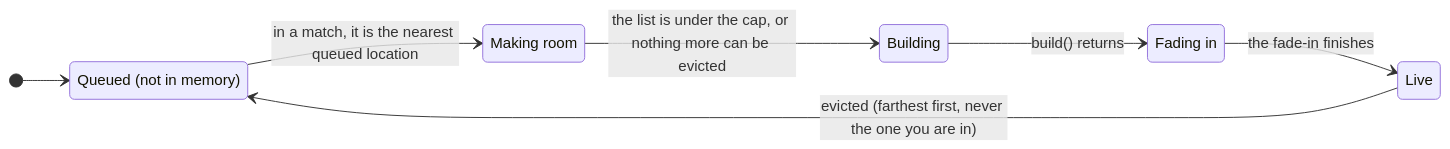
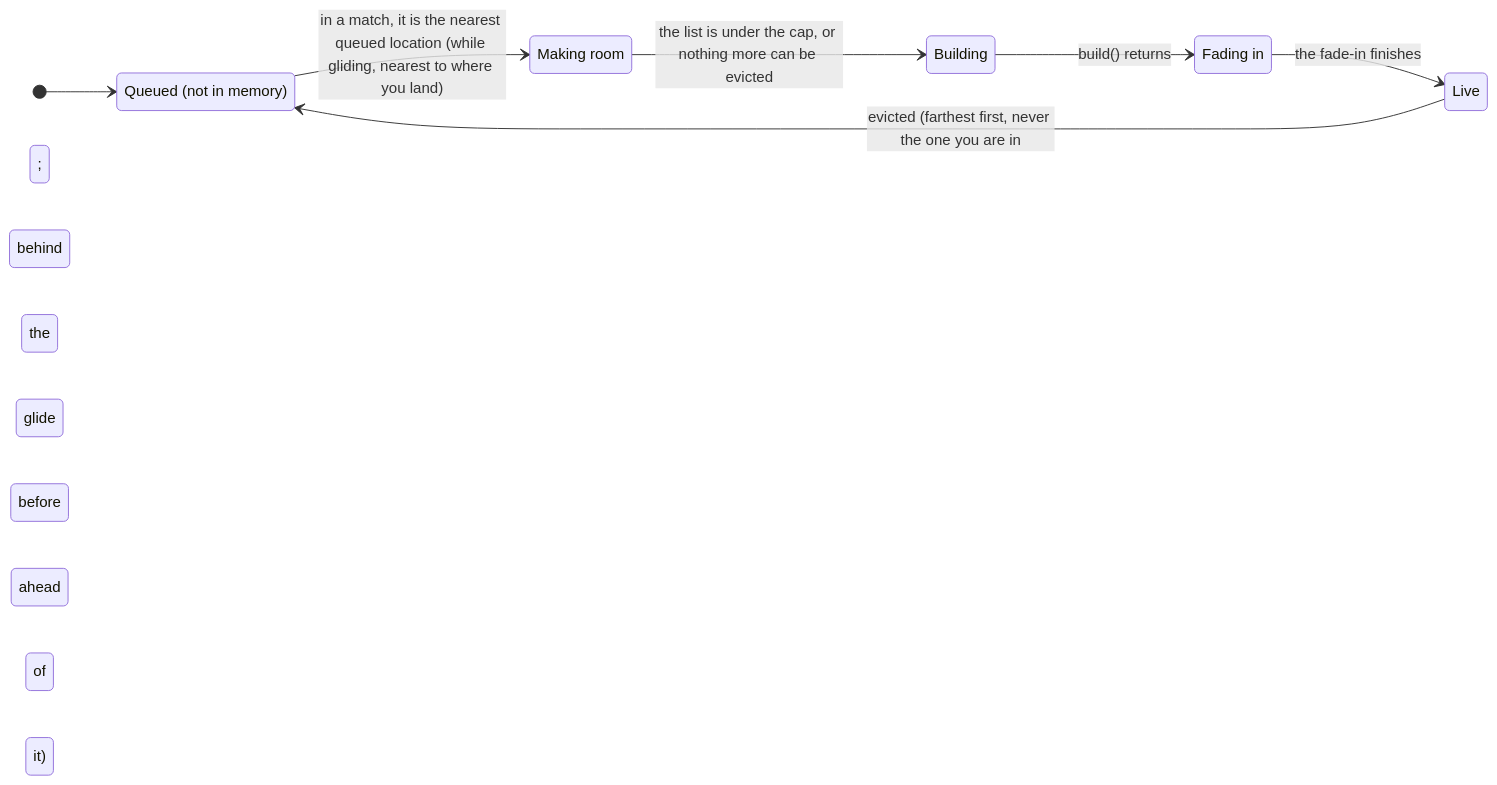
The first of 2 diagrams in docs/statecharts/poi-residency.md (RayFernando1337/kongroyale), drawn with Mermaid before and after one commit. The commit also changed other lines of this file and 8 other files, not shown here.

Commit message:
lowmem: build the POI under the glide first while falling or gliding (RAY-272)

````diff
--- a/docs/statecharts/poi-residency.md
+++ b/docs/statecharts/poi-residency.md
@@ -19,15 +25,15 @@
 ```mermaid
 stateDiagram-v2
   direction LR
   queued: Queued (not in memory)
   trimming: Making room
   building: Building
   integrating: Fading in
   live: Live
   [*] --> queued
-  queued --> trimming: in a match, it is the nearest queued location
+  queued --> trimming: in a match, it is the nearest queued location (while gliding, nearest to where you land)
   trimming --> building: the list is under the cap, or nothing more can be evicted
   building --> integrating: build() returns
   integrating --> live: the fade-in finishes
-  live --> queued: evicted (farthest first, never the one you are in)
+  live --> queued: evicted (farthest first, never the one you are in; behind the glide before ahead of it)
 ```
````
